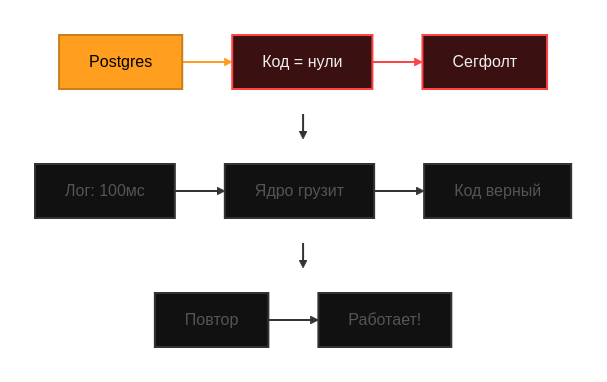
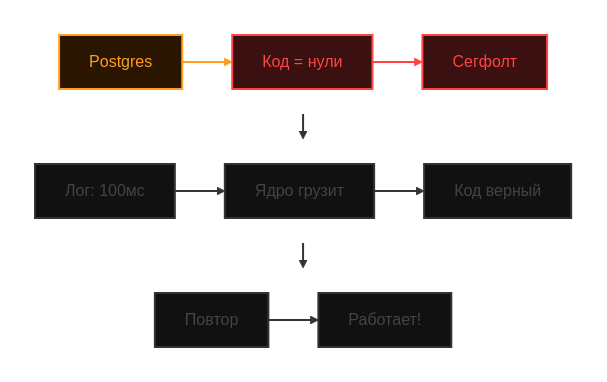
One commit to polarnik/postgresql-system-issue-story changed the diagram in docs/diagrams/resurrection-1.mmd. Above: the diagram before and after it, drawn with Mermaid. The commit also changed 36 other files, not shown here.

```diff
--- a/docs/diagrams/resurrection-1.mmd
+++ b/docs/diagrams/resurrection-1.mmd
@@ -1,47 +1,47 @@
 %%{init: {'theme': 'base', 'themeVariables': { 'darkMode': true, 'background': '#000000', 'primaryColor': '#ff9e1f', 'primaryTextColor': '#fff', 'primaryBorderColor': '#cc7e19', 'secondaryColor': '#111111', 'secondaryTextColor': '#fff', 'tertiaryColor': '#111111', 'lineColor': '#ff9e1f', 'textColor': '#fff', 'mainBkg': '#111111', 'fontFamily': 'verdana'}, 'flowchart': { 'nodeSpacing': 30, 'rankSpacing': 25 }}}%%
 
 flowchart TB
-    classDef done fill:#1a1a1a,stroke:#ff9e1f,color:#eee,stroke-width:2px
-    classDef active fill:#ff9e1f,stroke:#cc7e19,color:#000,stroke-width:2px
-    classDef pending fill:#111111,stroke:#333,color:#555,stroke-width:2px
-    classDef error fill:#3a1010,stroke:#ff4444,color:#eee,stroke-width:2px
-    classDef success fill:#103a10,stroke:#44ff88,color:#eee,stroke-width:2px
+    classDef done fill:transparent,stroke:#555,color:#888,stroke-width:2px
+    classDef active fill:#2a1500,stroke:#ff9e1f,color:#ff9e1f,stroke-width:2px
+    classDef pending fill:#111,stroke:#333,color:#444,stroke-width:2px
+    classDef error fill:#3a1010,stroke:#ff4444,color:#ff4444,stroke-width:2px
+    classDef success fill:#103a10,stroke:#44ff88,color:#44ff88,stroke-width:2px
 
     subgraph S1 [" "]
         direction LR
         A["Postgres"] --> B["Код = нули"] --> C["Сегфолт"]
     end
 
     subgraph S2 [" "]
         direction LR
         D["Лог: 100мс"] --> E["Ядро грузит"] --> F["Код верный"]
     end
 
     subgraph S3 [" "]
         direction LR
         G["Повтор"] --> H["Работает!"]
     end
 
     S1 --> S2
     S2 --> S3
 
     style S1 fill:transparent,stroke:transparent
     style S2 fill:transparent,stroke:transparent
     style S3 fill:transparent,stroke:transparent
 
     A:::active
     B:::error
     C:::error
     D:::pending
     E:::pending
     F:::pending
     G:::pending
     H:::pending
 
     linkStyle 0 stroke:#ff9e1f,stroke-width:2px
     linkStyle 1 stroke:#ff4444,stroke-width:2px
     linkStyle 2 stroke:#333,stroke-width:2px
     linkStyle 3 stroke:#333,stroke-width:2px
     linkStyle 4 stroke:#333,stroke-width:2px
     linkStyle 5 stroke:#333,stroke-width:2px
     linkStyle 6 stroke:#333,stroke-width:2px
```
